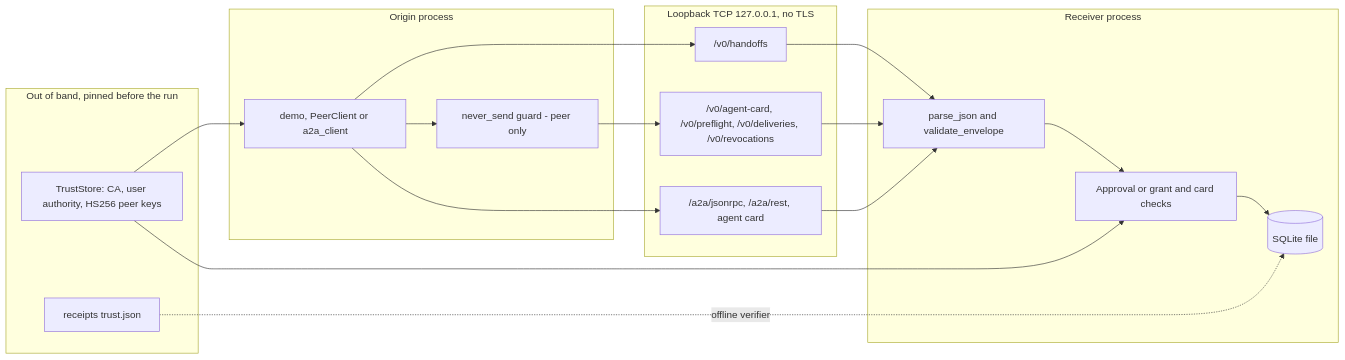
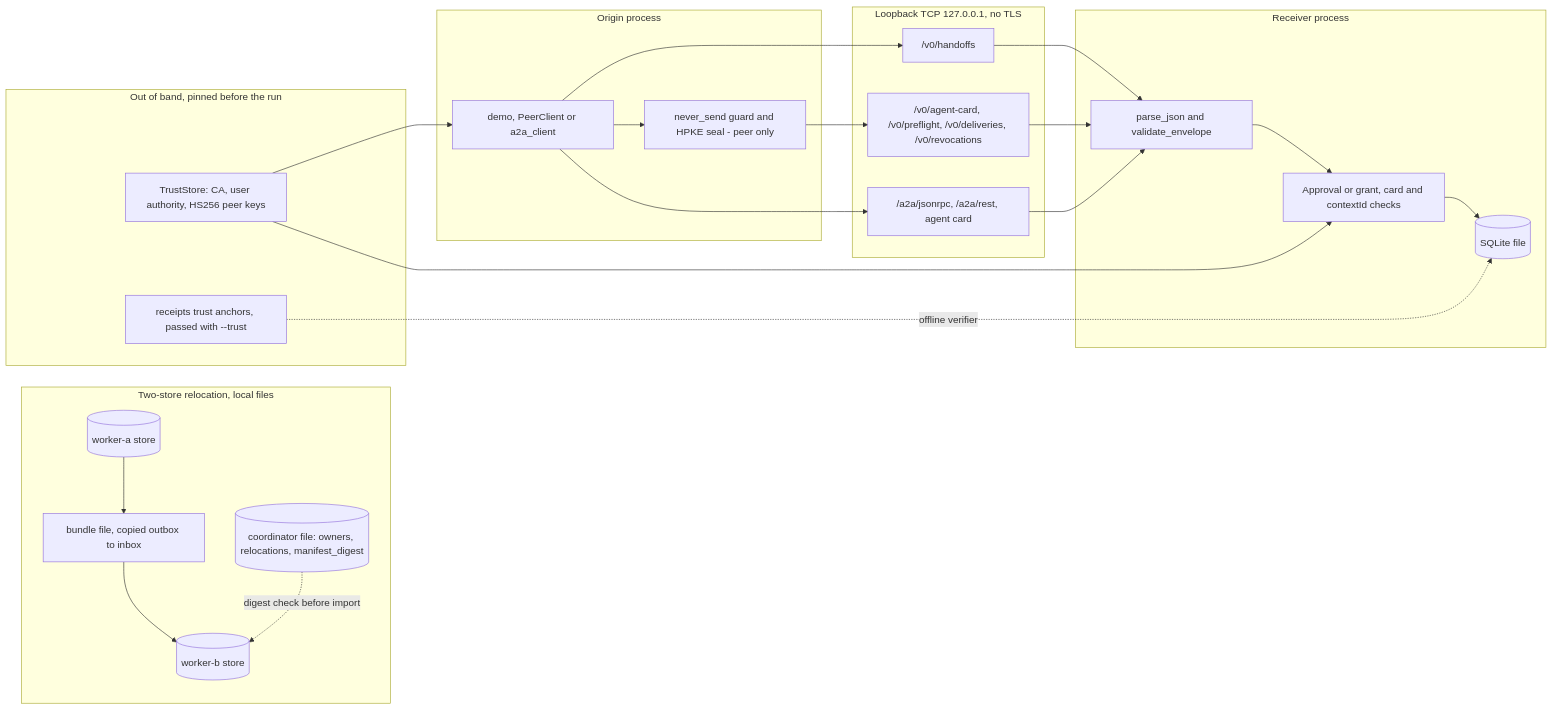
One commit to MSKazemi/agent-movement changed the eighth of 8 diagrams in docs/architecture.md. Above: the diagram before and after it, drawn with Mermaid. The commit also changed other lines of this file and 1 other file, not shown here.

First line of the commit message:
docs: refresh architecture and package guide against 4809bdf

````diff
--- a/docs/architecture.md
+++ b/docs/architecture.md
@@ -268,31 +330,39 @@
 ```mermaid
 flowchart LR
     subgraph ORIGIN["Origin process"]
         OC["demo, PeerClient or a2a_client"]
-        GUARD["never_send guard - peer only"]
+        GUARD["never_send guard and HPKE seal - peer only"]
     end
     subgraph LOOP["Loopback TCP 127.0.0.1, no TLS"]
         W1["/v0/handoffs"]
         W2["/v0/agent-card, /v0/preflight, /v0/deliveries, /v0/revocations"]
         W3["/a2a/jsonrpc, /a2a/rest, agent card"]
     end
     subgraph RECV["Receiver process"]
         VAL["parse_json and validate_envelope"]
-        POL["Approval or grant and card checks"]
+        POL["Approval or grant, card and contextId checks"]
         STORE[("SQLite file")]
+    end
+    subgraph RELOC["Two-store relocation, local files"]
+        SA[("worker-a store")]
+        BUN["bundle file, copied outbox to inbox"]
+        SB[("worker-b store")]
+        AUTH[("coordinator file: owners, relocations, manifest_digest")]
     end
     subgraph OOB["Out of band, pinned before the run"]
         TS["TrustStore: CA, user authority, HS256 peer keys"]
-        TA["receipts trust.json"]
+        TA["receipts trust anchors, passed with --trust"]
     end
     OC --> GUARD --> W2
     OC --> W1
     OC --> W3
     W1 --> VAL
     W2 --> VAL
     W3 --> VAL
     VAL --> POL --> STORE
     TS --> POL
     TS --> OC
+    SA --> BUN --> SB
+    AUTH -. "digest check before import" .-> SB
     TA -. offline verifier .-> STORE
 ```
````
